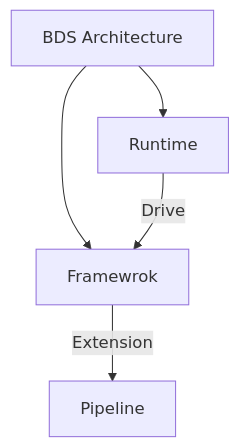
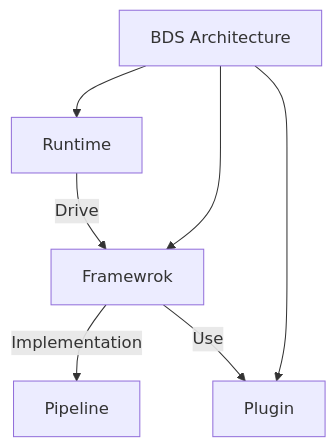
The diagram in README.md (FL-LearningGroup/BeautifulData-Server), drawn with Mermaid before and after one commit.

````diff
--- a/README.md
+++ b/README.md
@@ -8,7 +8,9 @@
 ```mermaid
 graph TB
   bds[BDS Architecture] --> runtime[Runtime]
   bds --> framework[Framewrok]
+  bds --> plugin[Plugin]
   runtime --> |Drive|framework
-  framework --> |Extension|pipline[Pipeline]
+  framework --> |Implementation|pipline[Pipeline]
+  framework --> |Use|plugin
  ```
````
